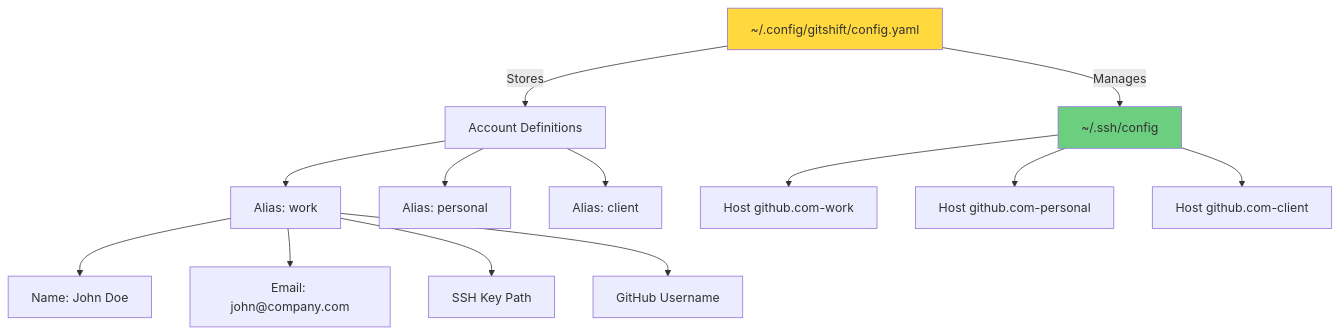
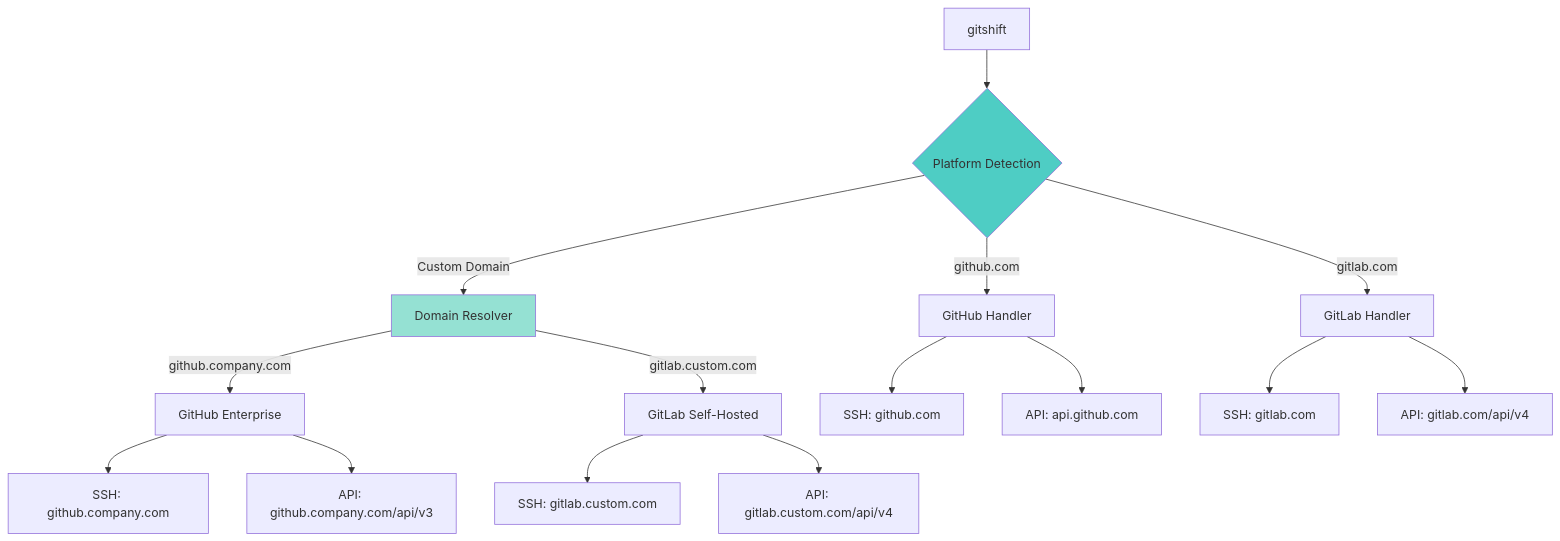
The fifth of 6 diagrams in README.md (techishthoughts-org/gitshift), drawn with Mermaid before and after one commit. The commit also changed other lines of this file, not shown here.

First line of the commit message:
docs: comprehensive README rewrite with multi-platform strategy

````diff
--- a/README.md
+++ b/README.md
@@ -214,20 +338,25 @@
 ```mermaid
-graph TD
-    A[~/.config/gitshift/config.yaml] -->|Stores| B[Account Definitions]
-    B --> C[Alias: work]
-    B --> D[Alias: personal]
-    B --> E[Alias: client]
+graph TB
+    A[gitshift] --> B{Platform Detection}
+    B -->|github.com| C[GitHub Handler]
+    B -->|gitlab.com| D[GitLab Handler]
+    B -->|Custom Domain| E[Domain Resolver]
 
-    C --> C1[Name: John Doe]
-    C --> C2[Email: john@company.com]
-    C --> C3[SSH Key Path]
-    C --> C4[GitHub Username]
+    E -->|github.company.com| F[GitHub Enterprise]
+    E -->|gitlab.custom.com| G[GitLab Self-Hosted]
 
-    A -->|Manages| F[~/.ssh/config]
-    F --> G[Host github.com-work]
-    F --> H[Host github.com-personal]
-    F --> I[Host github.com-client]
+    C --> C1[SSH: github.com]
+    C --> C2[API: api.github.com]
 
-    style A fill:#ffd93d
-    style F fill:#6bcf7f
+    D --> D1[SSH: gitlab.com]
+    D --> D2[API: gitlab.com/api/v4]
+
+    F --> F1[SSH: github.company.com]
+    F --> F2[API: github.company.com/api/v3]
+
+    G --> G1[SSH: gitlab.custom.com]
+    G --> G2[API: gitlab.custom.com/api/v4]
+
+    style B fill:#4ecdc4
+    style E fill:#95e1d3
 ```
````
